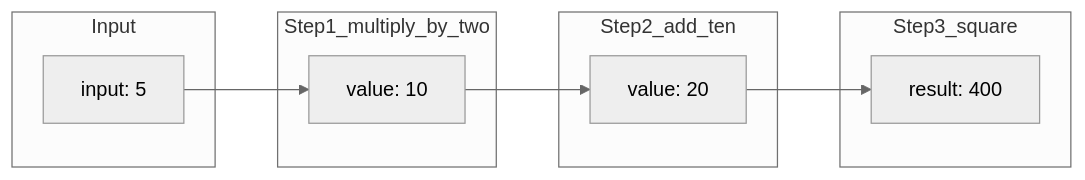
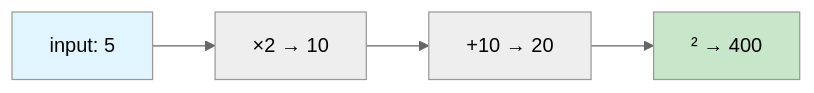
The third of 3 diagrams in examples/basic_pipeline/01_simple_function/README.md (wisrovi/wpipe), drawn with Mermaid (neutral theme) before and after one commit. The commit also changed other lines of this file and 33 other files, not shown here.

````diff
--- a/examples/basic_pipeline/01_simple_function/README.md
+++ b/examples/basic_pipeline/01_simple_function/README.md
@@ -75,20 +45,6 @@
 ```mermaid
 graph LR
-    subgraph Input
-    I1[input: 5]
-    end
-    
-    subgraph Step1_multiply_by_two
-    S1[value: 10]
-    end
-    
-    subgraph Step2_add_ten
-    S2[value: 20]
-    end
-    
-    subgraph Step3_square
-    S3[result: 400]
-    end
-    
-    I1 --> S1 --> S2 --> S3
+    I[input: 5] --> S1[×2 → 10] --> S2[+10 → 20] --> S3[² → 400]
+    style I fill:#e1f5fe
+    style S3 fill:#c8e6c9
 ```
````
